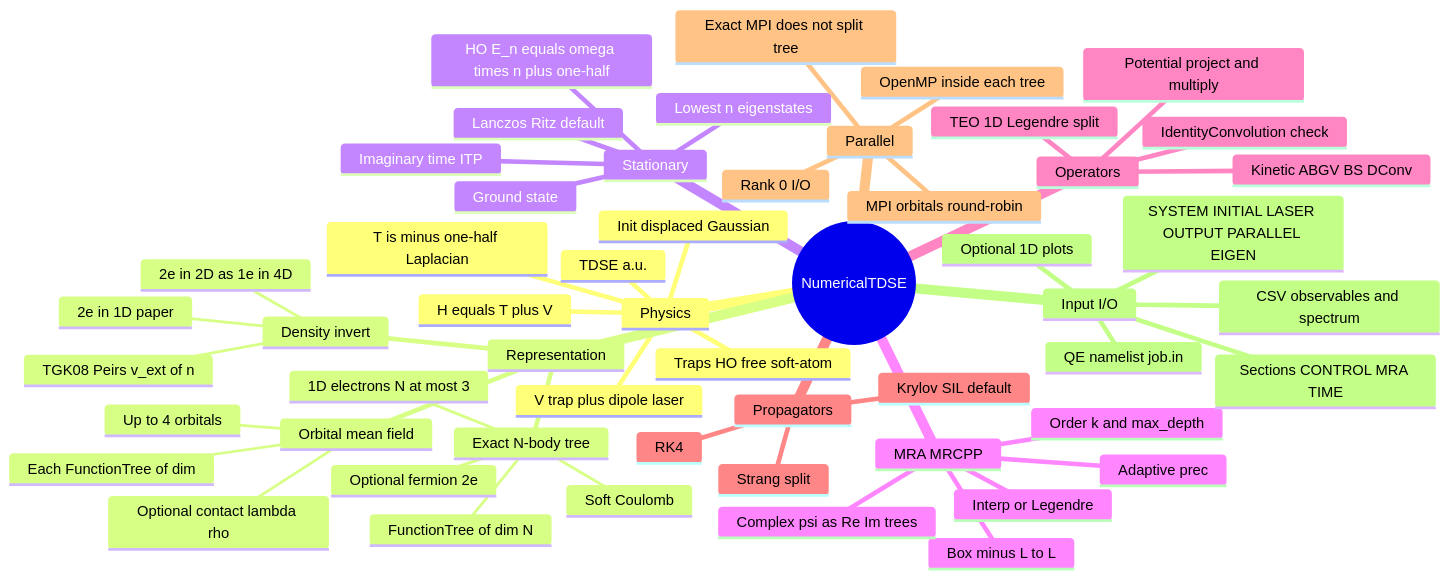
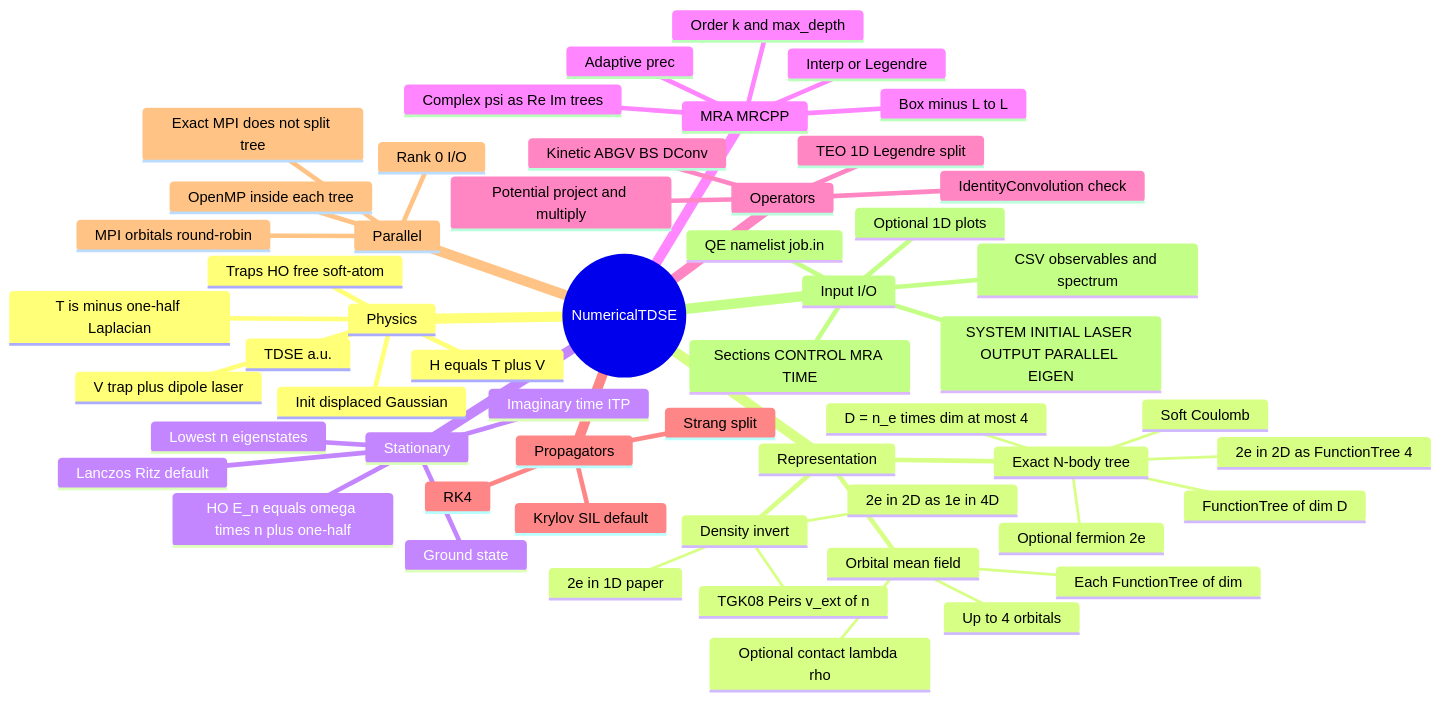
One commit to kluonju/NumericalTDSE changed the first of 2 diagrams in README.md. Above: the diagram before and after it, drawn with Mermaid. The commit also changed other lines of this file and 12 other files, not shown here.

First line of the commit message:
Add local MRCPP FunctionTree<4> patch for exact 2e-in-2D

````diff
--- a/README.md
+++ b/README.md
@@ -16,57 +16,58 @@
 ```mermaid
 mindmap
   root((NumericalTDSE))
     Physics
       TDSE a.u.
       H equals T plus V
       T is minus one-half Laplacian
       V trap plus dipole laser
       Traps HO free soft-atom
       Init displaced Gaussian
     Representation
       Exact N-body tree
-        1D electrons N at most 3
-        FunctionTree of dim N
+        D = n_e times dim at most 4
+        FunctionTree of dim D
         Soft Coulomb
         Optional fermion 2e
+        2e in 2D as FunctionTree 4
       Density invert
         TGK08 Peirs v_ext of n
         2e in 1D paper
         2e in 2D as 1e in 4D
       Orbital mean field
         Up to 4 orbitals
         Each FunctionTree of dim
         Optional contact lambda rho
     Stationary
       Ground state
       Lowest n eigenstates
       Lanczos Ritz default
       Imaginary time ITP
       HO E_n equals omega times n plus one-half
     MRA MRCPP
       Box minus L to L
       Order k and max_depth
       Adaptive prec
       Interp or Legendre
       Complex psi as Re Im trees
     Operators
       Kinetic ABGV BS DConv
       Potential project and multiply
       IdentityConvolution check
       TEO 1D Legendre split
     Propagators
       Krylov SIL default
       Strang split
       RK4
     Parallel
       OpenMP inside each tree
       MPI orbitals round-robin
       Rank 0 I/O
       Exact MPI does not split tree
     Input I/O
       QE namelist job.in
       Sections CONTROL MRA TIME
       SYSTEM INITIAL LASER OUTPUT PARALLEL EIGEN
       CSV observables and spectrum
       Optional 1D plots
 ```
````
